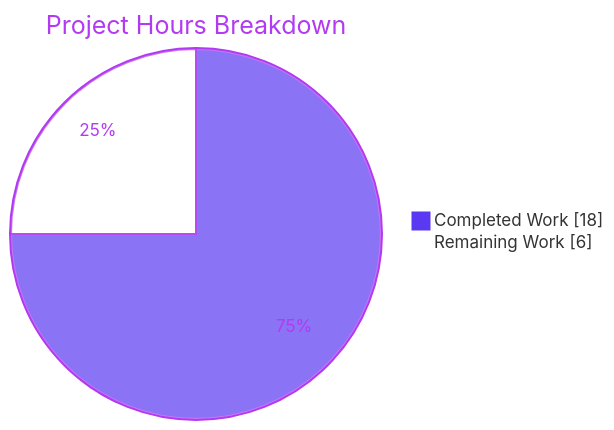
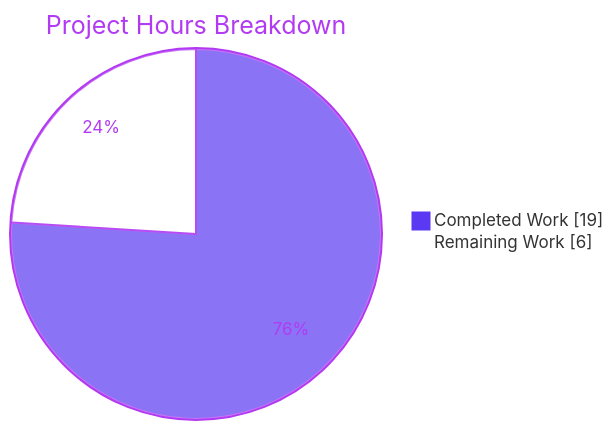
The second of 3 diagrams in blitzy/documentation/Project Guide.md (blitzytest02/OnetwoforOct526), drawn with Mermaid before and after one commit. The commit also changed other lines of this file, not shown here.

````diff
--- a/blitzy/documentation/Project Guide.md
+++ b/blitzy/documentation/Project Guide.md
@@ -189,6 +195,6 @@
 ```mermaid
 %%{init: {"theme":"base","themeVariables":{"pie1":"#5B39F3","pie2":"#FFFFFF","pieStrokeColor":"#B23AF2","pieOuterStrokeColor":"#B23AF2","pieSectionTextColor":"#B23AF2","pieTitleTextColor":"#B23AF2"}}}%%
 pie showData title Project Hours Breakdown
-    "Completed Work" : 18
+    "Completed Work" : 19
     "Remaining Work" : 6
 ```
````
